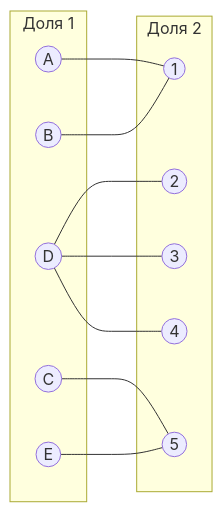
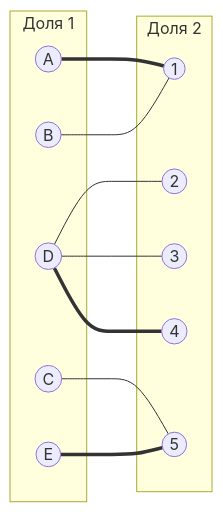
One commit to msshadr1na/msshadr1na changed the first of 6 diagrams in README.md. Above: the diagram before and after it, drawn with Mermaid. The commit also changed other lines of this file, not shown here.

````diff
--- a/README.md
+++ b/README.md
@@ -31,24 +31,24 @@
 ```mermaid
 graph LR
     subgraph "Доля 1"
         A((A))
         B((B))
         C((C))
         D((D))
         E((E))
     end
     subgraph "Доля 2"
         1((1))
         2((2))
         3((3))
         4((4))
         5((5))
     end
-    A --- 1
+    A === 1
     B --- 1
     C --- 5
     D --- 2
     D --- 3
-    D --- 4
-    E --- 5
+    D === 4
+    E === 5
 ```
````
